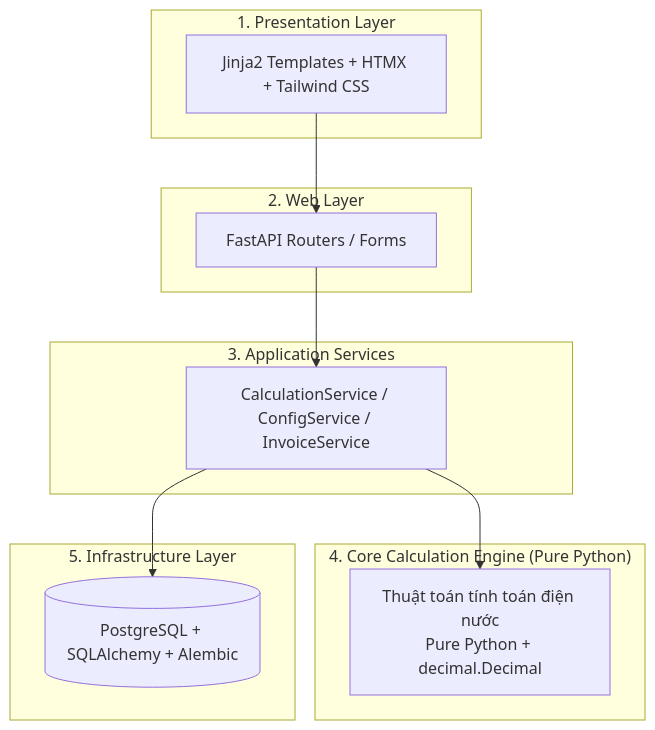
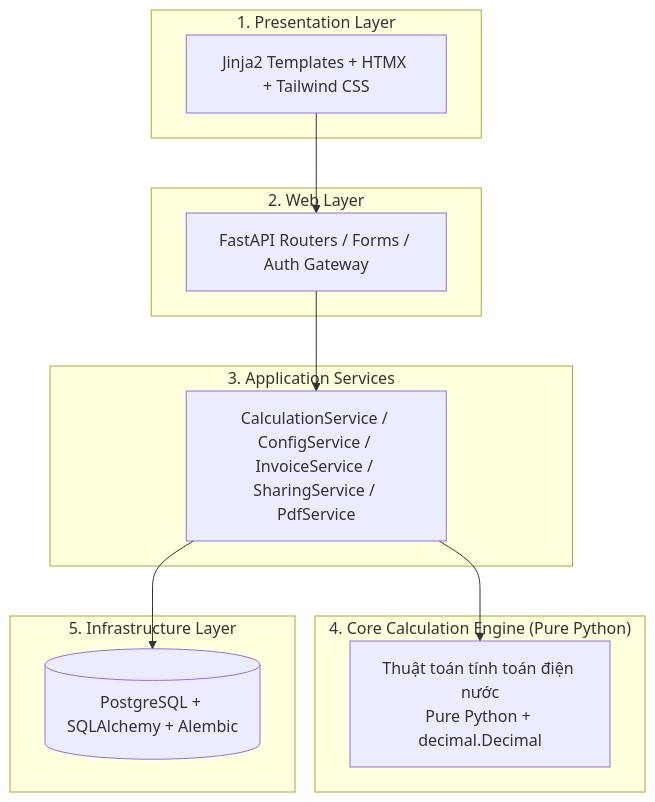
Before and after one commit to phattvh/OLP---RentCalc: the first of 2 diagrams in docs/ARCHITECTURE.md, drawn with Mermaid. The commit also changed other lines of this file and 10 other files, not shown here.

Commit message:
feat(auth, docs): enforce login gateway for unauthenticated users and sync all documentation to v1.0.0

````diff
--- a/docs/ARCHITECTURE.md
+++ b/docs/ARCHITECTURE.md
@@ -11,23 +11,23 @@
 ```mermaid
 flowchart TB
     subgraph Presentation ["1. Presentation Layer"]
         A["Jinja2 Templates + HTMX + Tailwind CSS"]
     end
     subgraph Web ["2. Web Layer"]
-        B["FastAPI Routers / Forms"]
+        B["FastAPI Routers / Forms / Auth Gateway"]
     end
     subgraph Application ["3. Application Services"]
-        C["CalculationService / ConfigService / InvoiceService"]
+        C["CalculationService / ConfigService / InvoiceService / SharingService / PdfService"]
     end
     subgraph Core ["4. Core Calculation Engine (Pure Python)"]
         D["Thuật toán tính toán điện nước<br/>Pure Python + decimal.Decimal"]
     end
     subgraph Infrastructure ["5. Infrastructure Layer"]
         E[("PostgreSQL + SQLAlchemy + Alembic")]
     end
 
     A --> B
     B --> C
     C --> D
     C --> E
 ```
````
